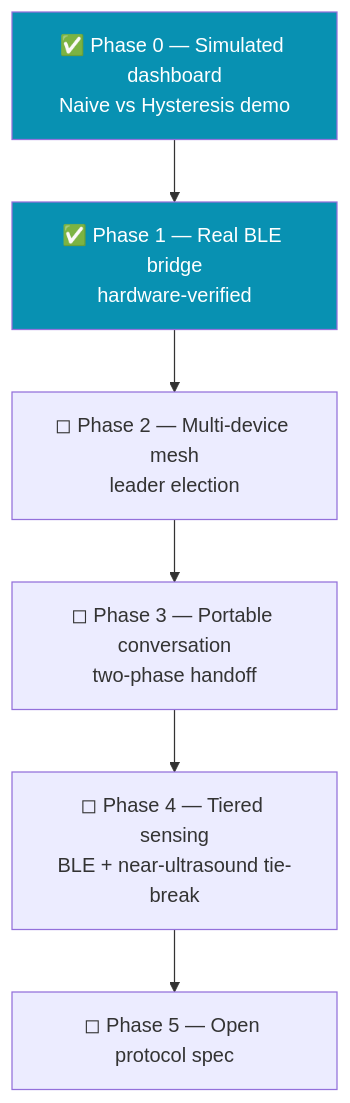
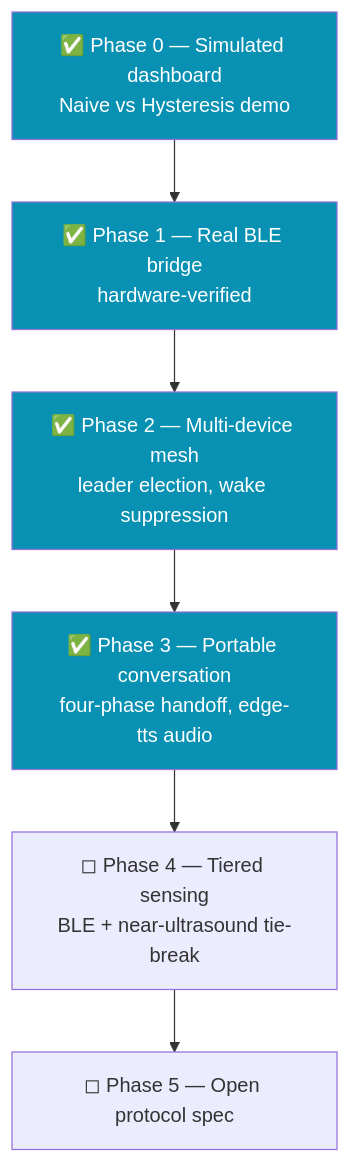
Before and after one commit to HailLucifer666/Aether-BLE: the third of 3 diagrams in README.md, drawn with Mermaid. The commit also changed other lines of this file and 20 other files, not shown here.

First line of the commit message:
feat(mesh): add multi-device aggregator, leader election, and dashboard mode

````diff
--- a/README.md
+++ b/README.md
@@ -111,14 +168,16 @@
 ```mermaid
 flowchart TD
     P0["✅ Phase 0 — Simulated dashboard\nNaive vs Hysteresis demo"]
     P1["✅ Phase 1 — Real BLE bridge\nhardware-verified"]
-    P2["◻ Phase 2 — Multi-device mesh\nleader election"]
-    P3["◻ Phase 3 — Portable conversation\ntwo-phase handoff"]
+    P2["✅ Phase 2 — Multi-device mesh\nleader election, wake suppression"]
+    P3["✅ Phase 3 — Portable conversation\nfour-phase handoff, edge-tts audio"]
     P4["◻ Phase 4 — Tiered sensing\nBLE + near-ultrasound tie-break"]
     P5["◻ Phase 5 — Open protocol spec"]
 
     P0 --> P1 --> P2 --> P3 --> P4 --> P5
 
     style P0 fill:#0891b2,color:#fff
     style P1 fill:#0891b2,color:#fff
+    style P2 fill:#0891b2,color:#fff
+    style P3 fill:#0891b2,color:#fff
 ```
````
